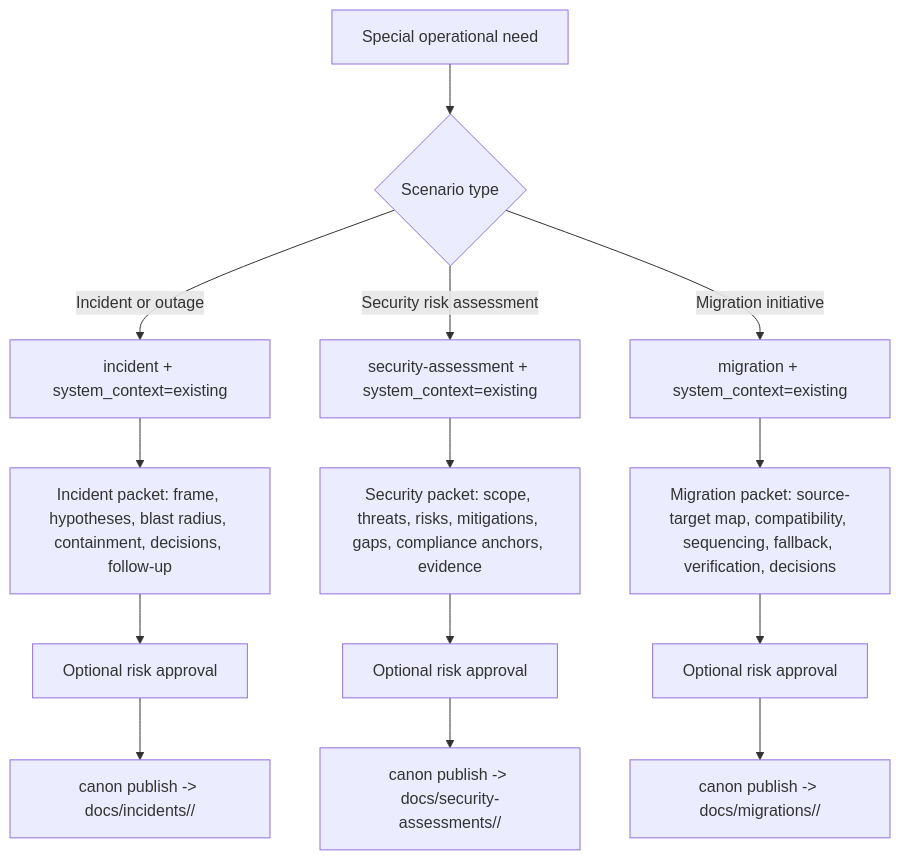
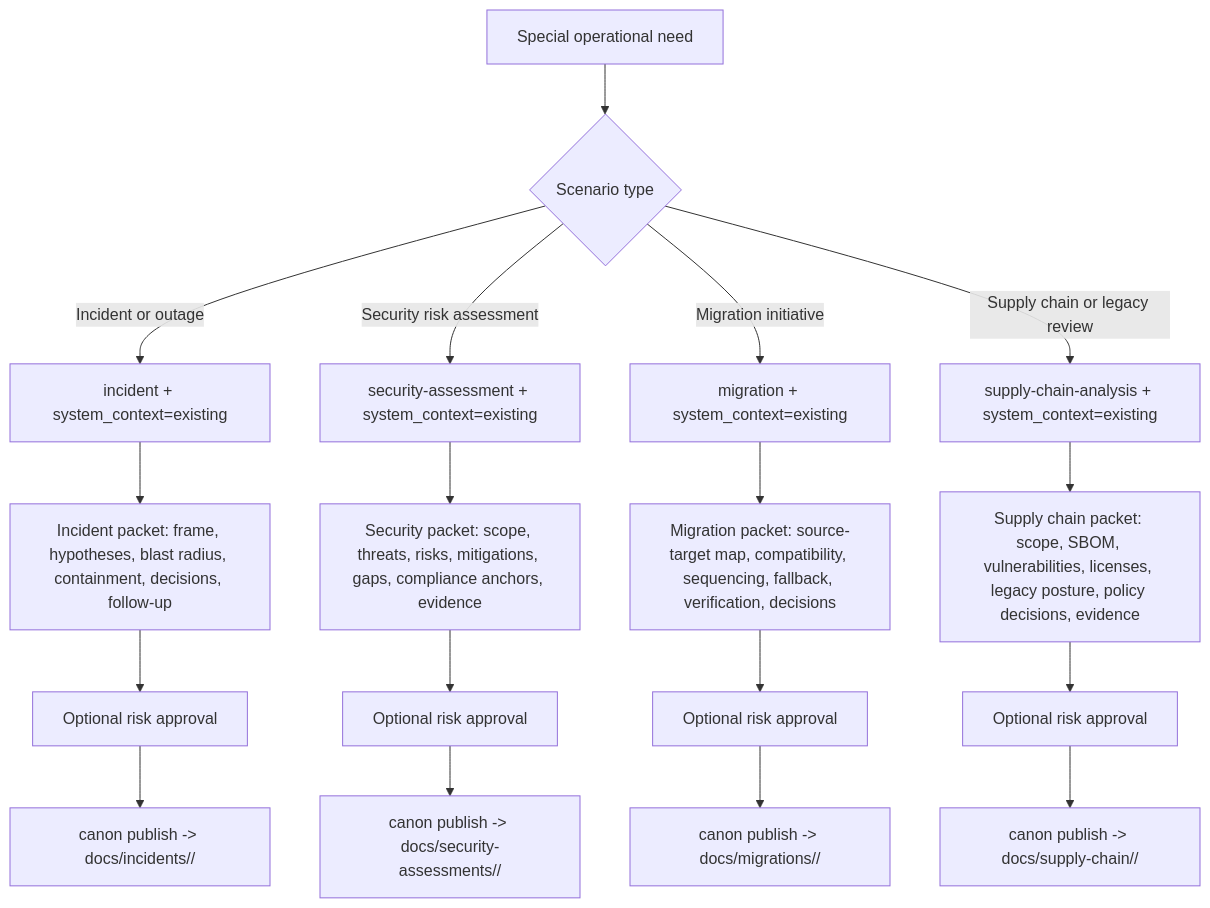
Before and after one commit to apply-the/canon: the fourth of 4 diagrams in docs/guides/modes.md, drawn with Mermaid. The commit also changed other lines of this file and 62 other files, not shown here.

````diff
--- a/docs/guides/modes.md
+++ b/docs/guides/modes.md
@@ -264,18 +268,22 @@
 ```mermaid
 flowchart TD
   A[Special operational need] --> B{Scenario type}
   B -->|Incident or outage| INC[incident + system_context=existing]
   B -->|Security risk assessment| SEC[security-assessment + system_context=existing]
   B -->|Migration initiative| MIG[migration + system_context=existing]
+  B -->|Supply chain or legacy review| SUP[supply-chain-analysis + system_context=existing]
 
   INC --> I1[Incident packet: frame, hypotheses, blast radius, containment, decisions, follow-up]
   SEC --> S1[Security packet: scope, threats, risks, mitigations, gaps, compliance anchors, evidence]
   MIG --> M1[Migration packet: source-target map, compatibility, sequencing, fallback, verification, decisions]
+  SUP --> U1[Supply chain packet: scope, SBOM, vulnerabilities, licenses, legacy posture, policy decisions, evidence]
 
   I1 --> I2[Optional risk approval]
   S1 --> S2[Optional risk approval]
   M1 --> M2[Optional risk approval]
+  U1 --> U2[Optional risk approval]
   I2 --> IPUB[canon publish -> docs/incidents/<RUN_ID>/]
   S2 --> SPUB[canon publish -> docs/security-assessments/<RUN_ID>/]
   M2 --> MPUB[canon publish -> docs/migrations/<RUN_ID>/]
+  U2 --> UPUB[canon publish -> docs/supply-chain/<RUN_ID>/]
 ```
````
